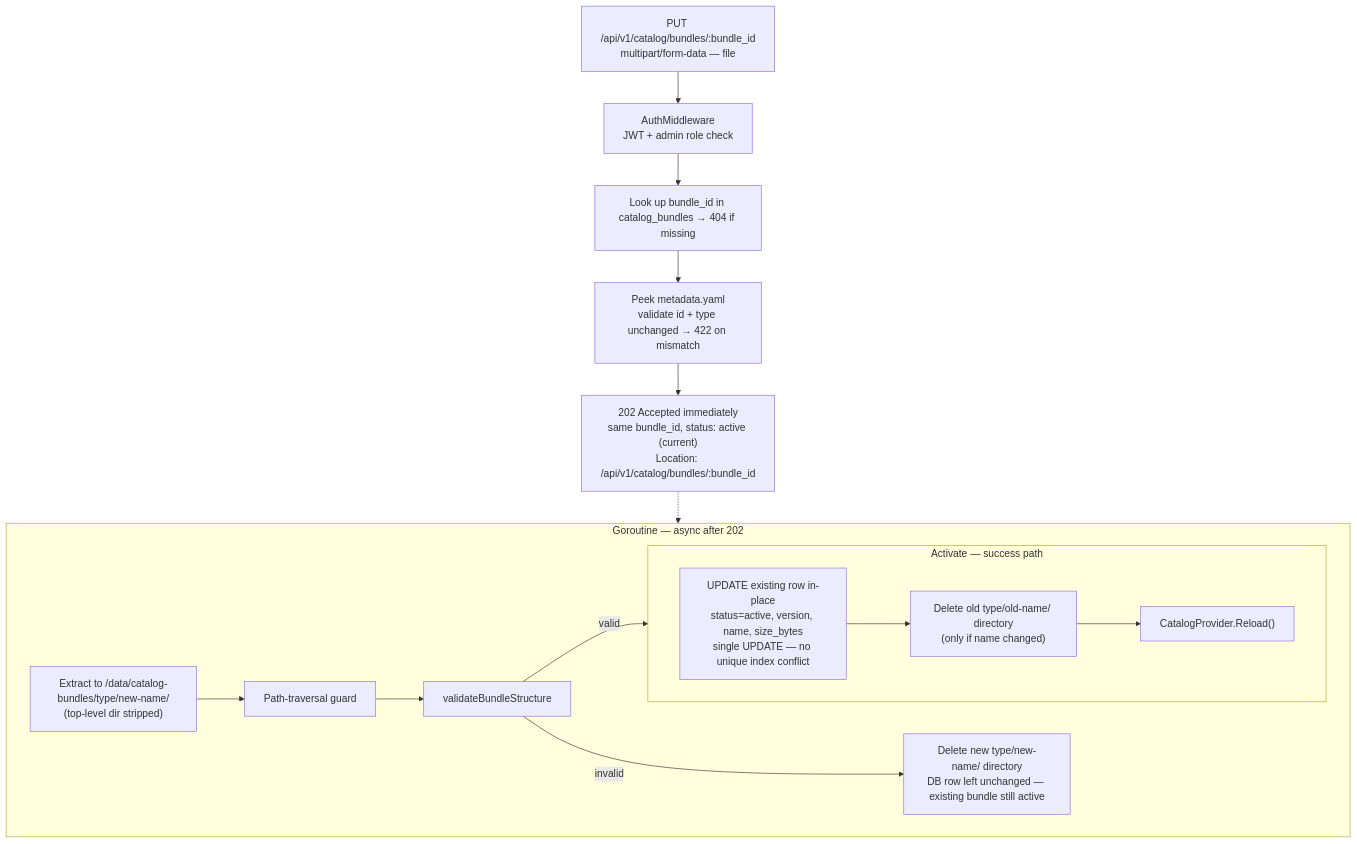
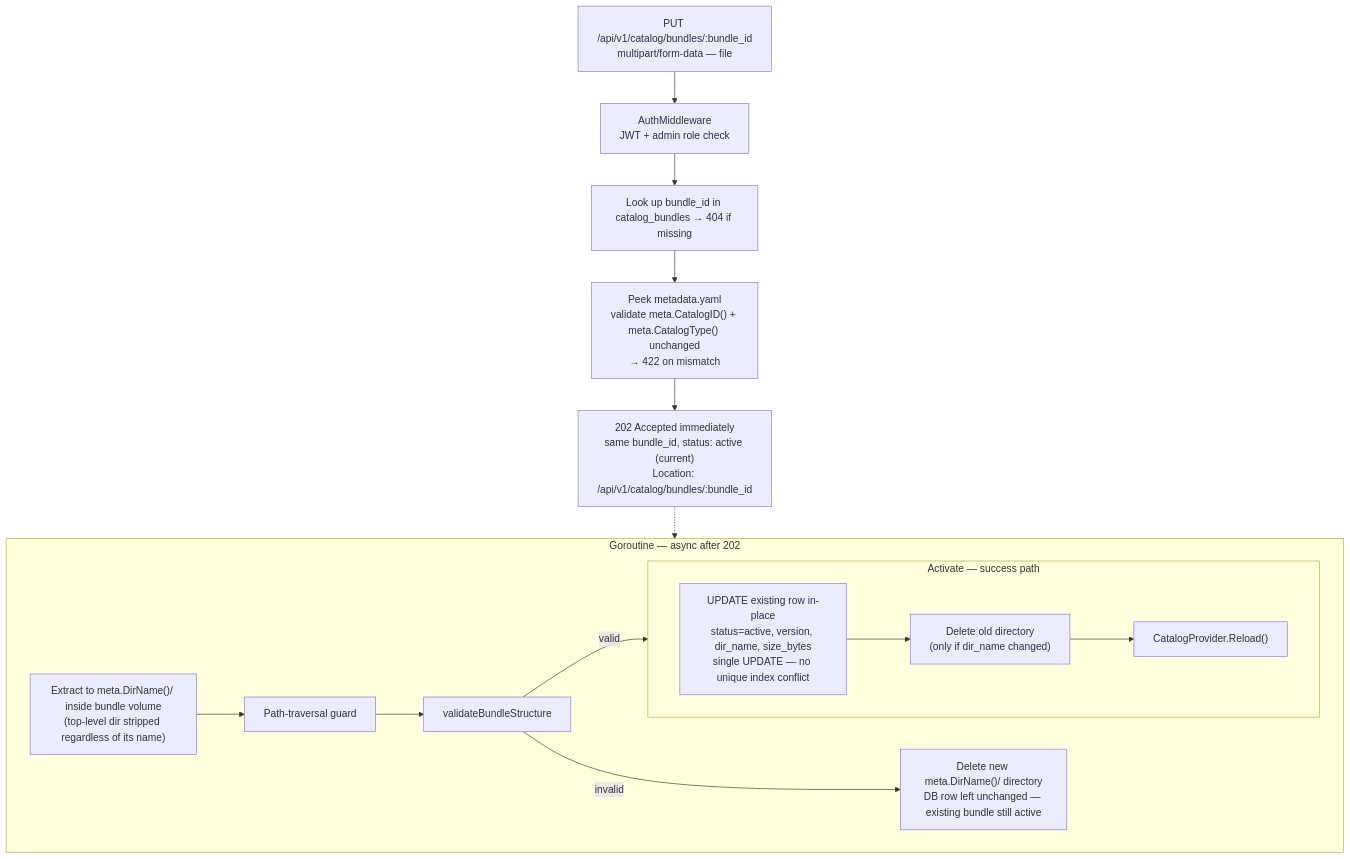
Before and after one commit to mayuka-c/project-ai-services: the third of 5 diagrams in ai-services/proposal.md, drawn with Mermaid. The commit also changed other lines of this file and 8 other files, not shown here.

````diff
--- a/ai-services/proposal.md
+++ b/ai-services/proposal.md
@@ -558,31 +659,31 @@
 ```mermaid
 flowchart TD
     REQ["PUT /api/v1/catalog/bundles/:bundle_id<br/>multipart/form-data — file"]
     AUTH["AuthMiddleware<br/>JWT + admin role check"]
     LOOKUP["Look up bundle_id in catalog_bundles → 404 if missing"]
-    PEEK["Peek metadata.yaml<br/>validate id + type unchanged → 422 on mismatch"]
+    PEEK["Peek metadata.yaml<br/>validate meta.CatalogID() + meta.CatalogType() unchanged<br/>→ 422 on mismatch"]
     RESP["202 Accepted immediately<br/>same bundle_id, status: active (current)<br/>Location: /api/v1/catalog/bundles/:bundle_id"]
 
     subgraph ASYNC["Goroutine — async after 202"]
-        EXTRACT["Extract to /data/catalog-bundles/type/new-name/<br/>(top-level dir stripped)"]
+        EXTRACT["Extract to meta.DirName()/ inside bundle volume<br/>(top-level dir stripped regardless of its name)"]
         PATHGUARD["Path-traversal guard"]
         VALIDATE["validateBundleStructure"]
 
         subgraph ACTIVATE["Activate — success path"]
             direction LR
-            DBUPDATE["UPDATE existing row in-place<br/>status=active, version, name, size_bytes<br/>single UPDATE — no unique index conflict"]
-            RMOLDDIR["Delete old type/old-name/ directory<br/>(only if name changed)"]
+            DBUPDATE["UPDATE existing row in-place<br/>status=active, version, dir_name, size_bytes<br/>single UPDATE — no unique index conflict"]
+            RMOLDDIR["Delete old directory<br/>(only if dir_name changed)"]
             RELOAD["CatalogProvider.Reload()"]
             DBUPDATE --> RMOLDDIR --> RELOAD
         end
 
-        FAIL["Delete new type/new-name/ directory<br/>DB row left unchanged — existing bundle still active"]
+        FAIL["Delete new meta.DirName()/ directory<br/>DB row left unchanged — existing bundle still active"]
 
         EXTRACT --> PATHGUARD --> VALIDATE
         VALIDATE -->|"valid"| ACTIVATE
         VALIDATE -->|"invalid"| FAIL
     end
 
     REQ --> AUTH --> LOOKUP --> PEEK --> RESP
     RESP -.-> ASYNC
 ```
````
